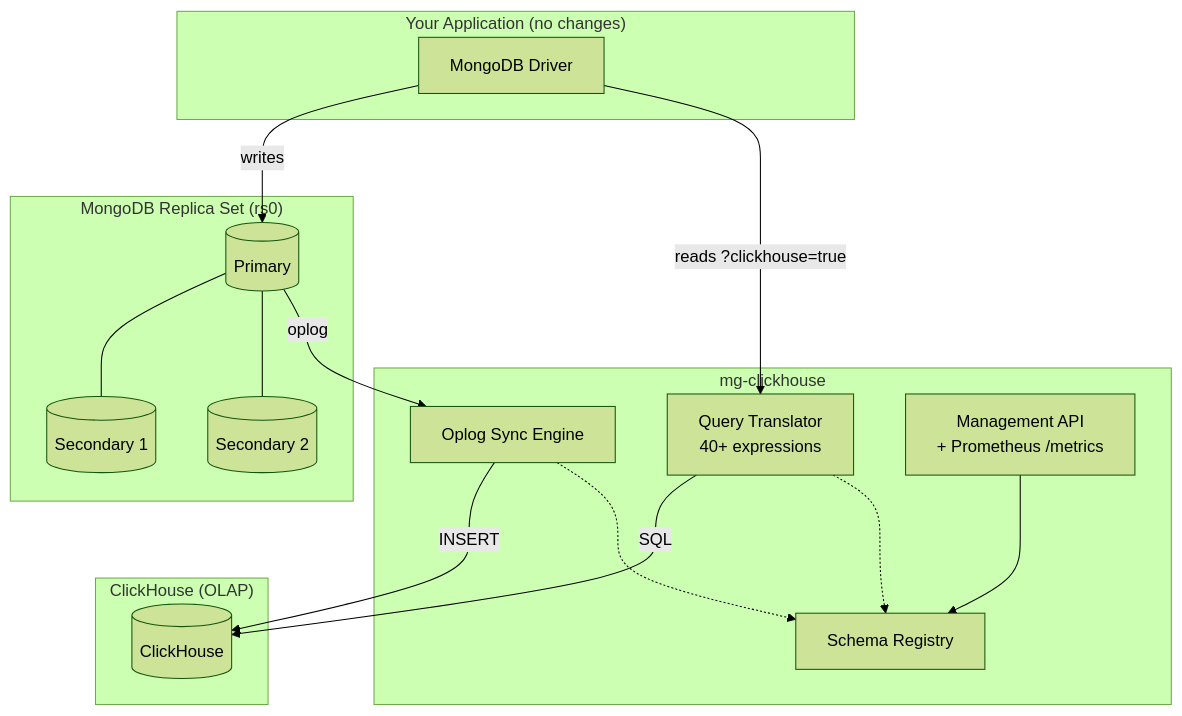
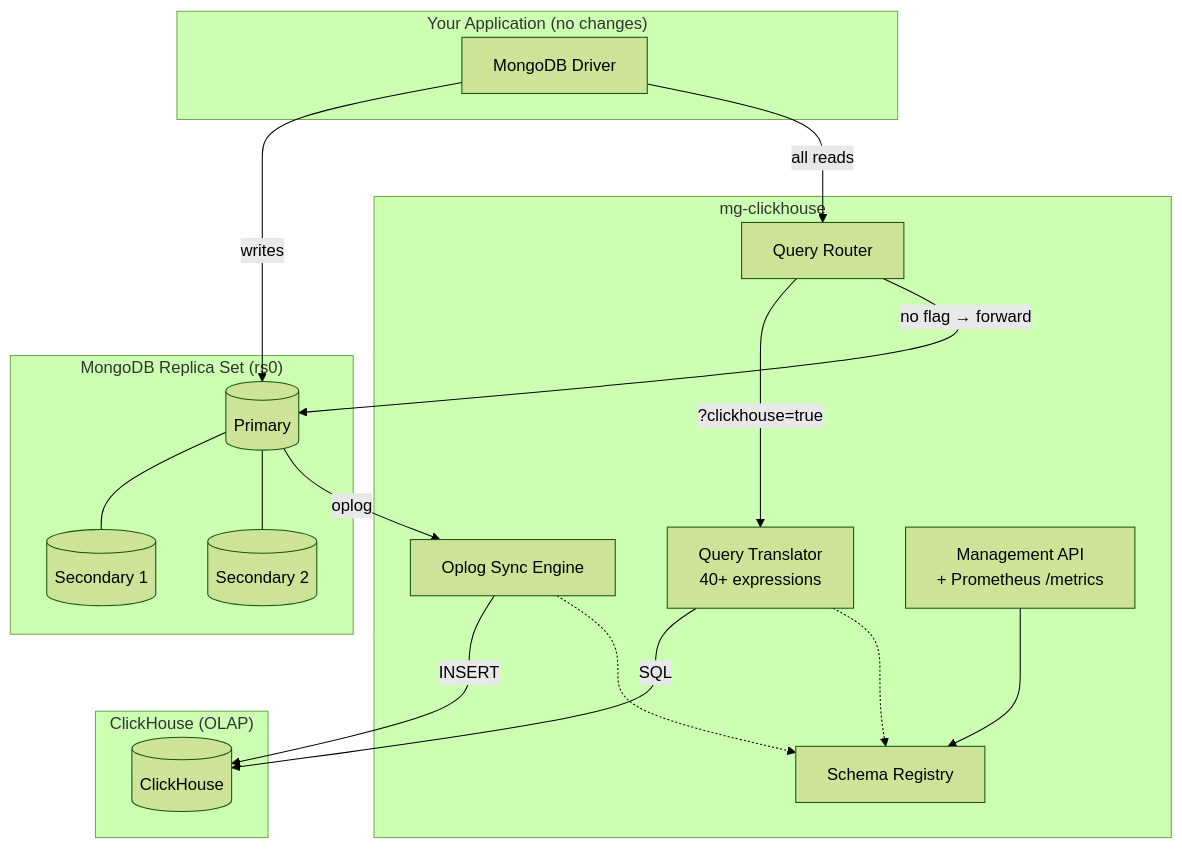
One commit to mrityunjaysharma/mongo-flux changed the seventh of 7 diagrams in docs/article.md. Above: the diagram before and after it, drawn with Mermaid (forest theme). The commit also changed other lines of this file and 4 other files, not shown here.

````diff
--- a/docs/article.md
+++ b/docs/article.md
@@ -236,34 +236,37 @@
 ```mermaid
 flowchart TD
     subgraph "Your Application (no changes)"
         APP[MongoDB Driver]
     end
 
     subgraph "MongoDB Replica Set (rs0)"
         MGP[(Primary)]
         MGS1[(Secondary 1)]
         MGS2[(Secondary 2)]
         MGP --- MGS1
         MGP --- MGS2
     end
 
     subgraph "mg-clickhouse"
         SYNC[Oplog Sync Engine]
         XLAT[Query Translator<br/>40+ expressions]
+        ROUTE[Query Router]
         API[Management API<br/>+ Prometheus /metrics]
         REG[Schema Registry]
     end
 
     subgraph "ClickHouse (OLAP)"
         CH[(ClickHouse)]
     end
 
     APP -->|writes| MGP
-    APP -->|"reads ?clickhouse=true"| XLAT
+    APP -->|"all reads"| ROUTE
+    ROUTE -->|"?clickhouse=true"| XLAT
+    ROUTE -->|"no flag → forward"| MGP
     MGP -->|oplog| SYNC
     SYNC -->|INSERT| CH
     XLAT -->|SQL| CH
     SYNC -.-> REG
     XLAT -.-> REG
     API --> REG
 ```
````
